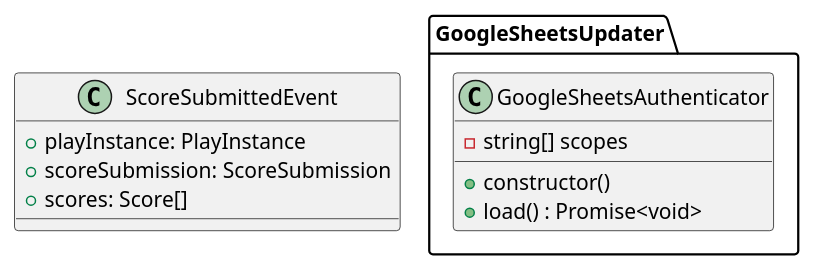
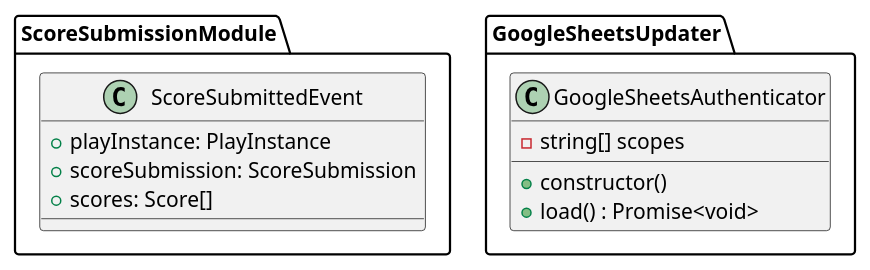
The diagram in docs/class-diagram.puml (steglasaurous/synth-tourney), drawn with PlantUML before and after one commit. The commit also changed 4 other files, not shown here.

```diff
--- a/docs/class-diagram.puml
+++ b/docs/class-diagram.puml
@@ -1,17 +1,19 @@
 @startuml
-    class ScoreSubmittedEvent {
-        +playInstance: PlayInstance
-        +scoreSubmission: ScoreSubmission
-        +scores: Score[]
+    package ScoreSubmissionModule {
+        class ScoreSubmittedEvent {
+            +playInstance: PlayInstance
+            +scoreSubmission: ScoreSubmission
+            +scores: Score[]
+        }
     }
 
 
     package GoogleSheetsUpdater {
         class GoogleSheetsAuthenticator {
             -string[] scopes
             +constructor()
             +load() : Promise<void>
         }
     }
 
 @enduml
```
